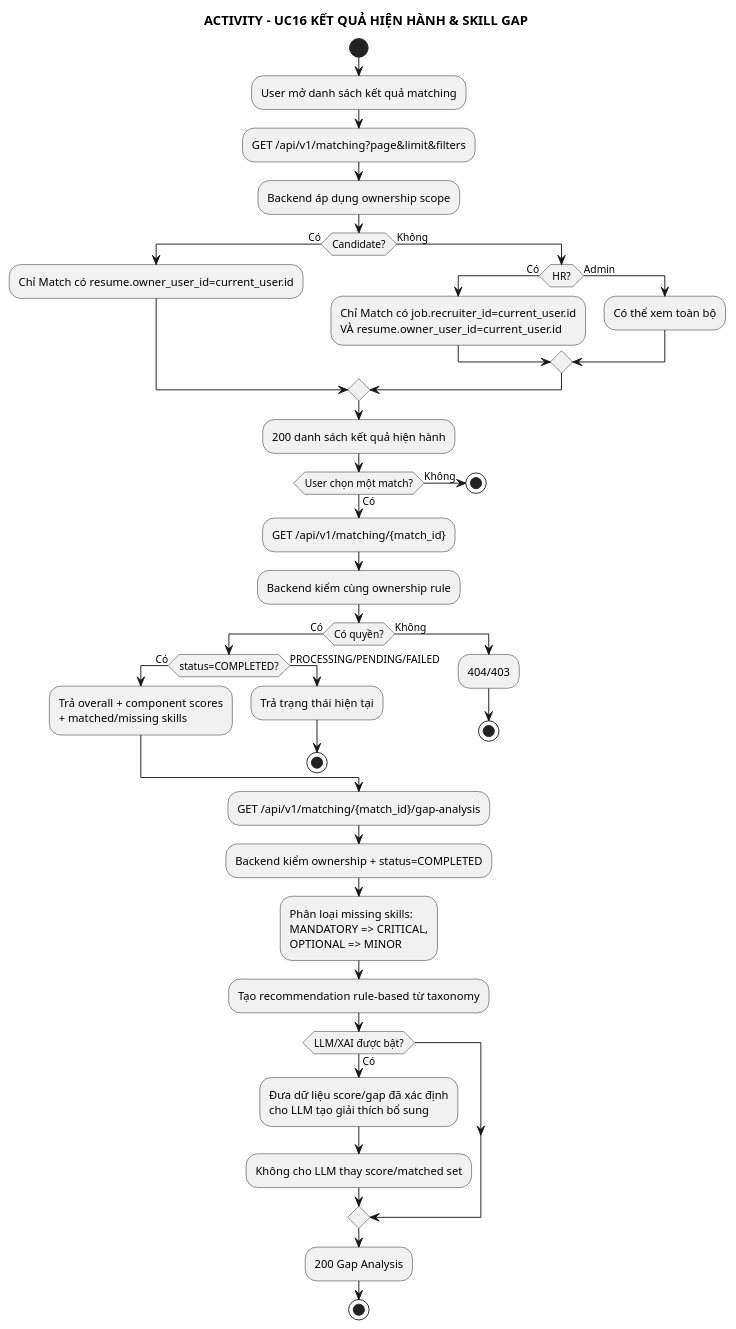
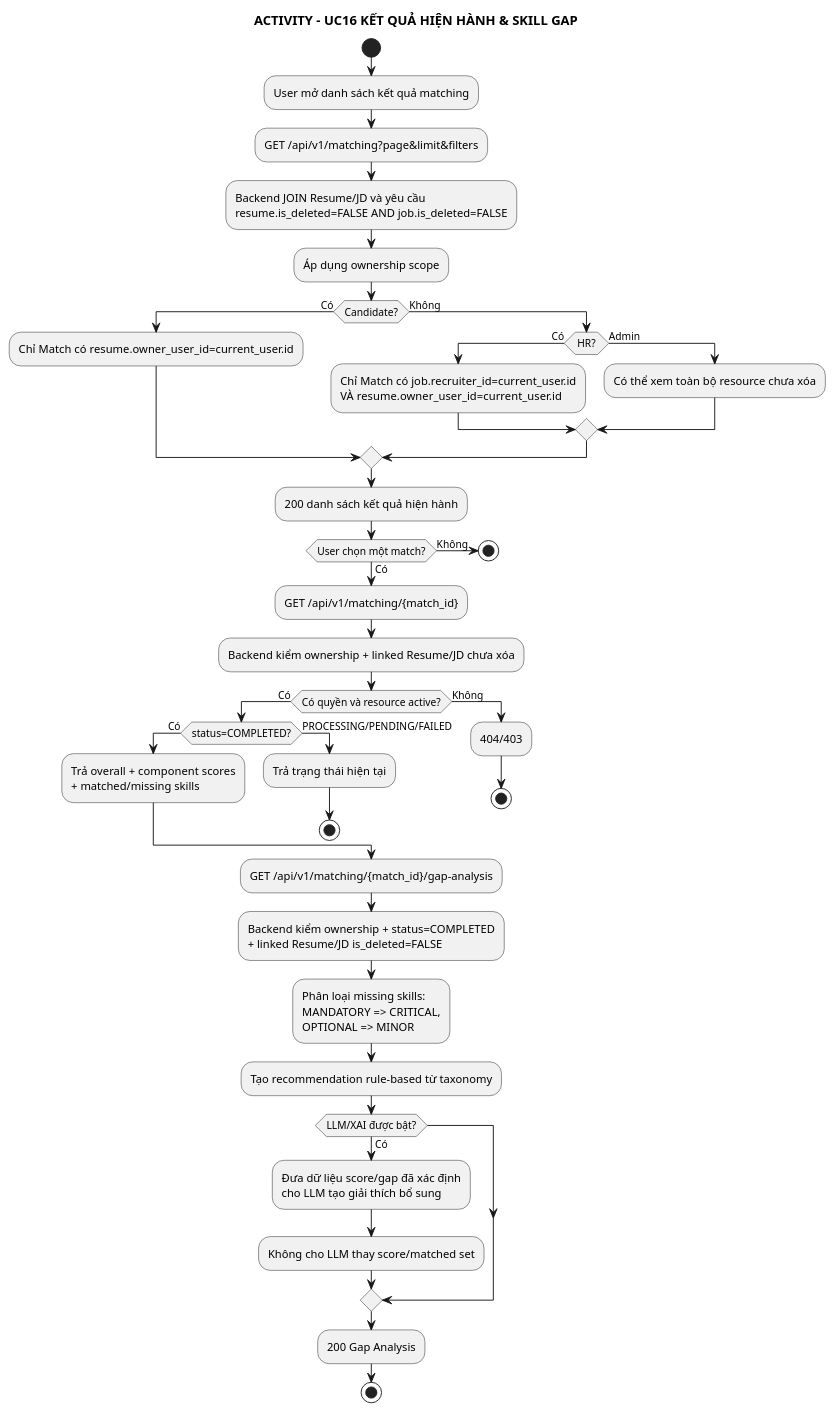
Before and after one commit to anh632k-ui/WebCVUngVienTuyenDung: the diagram in docs/03_activity/act_uc16_gap_analysis.puml, drawn with PlantUML.

Commit message:
docs(activity): filter current match and gap by soft-delete state

```diff
--- a/docs/03_activity/act_uc16_gap_analysis.puml
+++ b/docs/03_activity/act_uc16_gap_analysis.puml
@@ -1,55 +1,58 @@
 @startuml
 skinparam monochrome true
 skinparam shadowing false
 
 title ACTIVITY - UC16 KẾT QUẢ HIỆN HÀNH & SKILL GAP
 
 start
 :User mở danh sách kết quả matching;
 :GET /api/v1/matching?page&limit&filters;
-:Backend áp dụng ownership scope;
+:Backend JOIN Resume/JD và yêu cầu
+resume.is_deleted=FALSE AND job.is_deleted=FALSE;
+:Áp dụng ownership scope;
 if (Candidate?) then (Có)
   :Chỉ Match có resume.owner_user_id=current_user.id;
 else (Không)
   if (HR?) then (Có)
     :Chỉ Match có job.recruiter_id=current_user.id
     VÀ resume.owner_user_id=current_user.id;
   else (Admin)
-    :Có thể xem toàn bộ;
+    :Có thể xem toàn bộ resource chưa xóa;
   endif
 endif
 :200 danh sách kết quả hiện hành;
 
 if (User chọn một match?) then (Có)
   :GET /api/v1/matching/{match_id};
-  :Backend kiểm cùng ownership rule;
-  if (Có quyền?) then (Có)
+  :Backend kiểm ownership + linked Resume/JD chưa xóa;
+  if (Có quyền và resource active?) then (Có)
     if (status=COMPLETED?) then (Có)
       :Trả overall + component scores
       + matched/missing skills;
     else (PROCESSING/PENDING/FAILED)
       :Trả trạng thái hiện tại;
       stop
     endif
   else (Không)
     :404/403;
     stop
   endif
 else (Không)
   stop
 endif
 
 :GET /api/v1/matching/{match_id}/gap-analysis;
-:Backend kiểm ownership + status=COMPLETED;
+:Backend kiểm ownership + status=COMPLETED
++ linked Resume/JD is_deleted=FALSE;
 :Phân loại missing skills:
 MANDATORY => CRITICAL,
 OPTIONAL => MINOR;
 :Tạo recommendation rule-based từ taxonomy;
 if (LLM/XAI được bật?) then (Có)
   :Đưa dữ liệu score/gap đã xác định
 cho LLM tạo giải thích bổ sung;
   :Không cho LLM thay score/matched set;
 endif
 :200 Gap Analysis;
 stop
 @enduml
```
